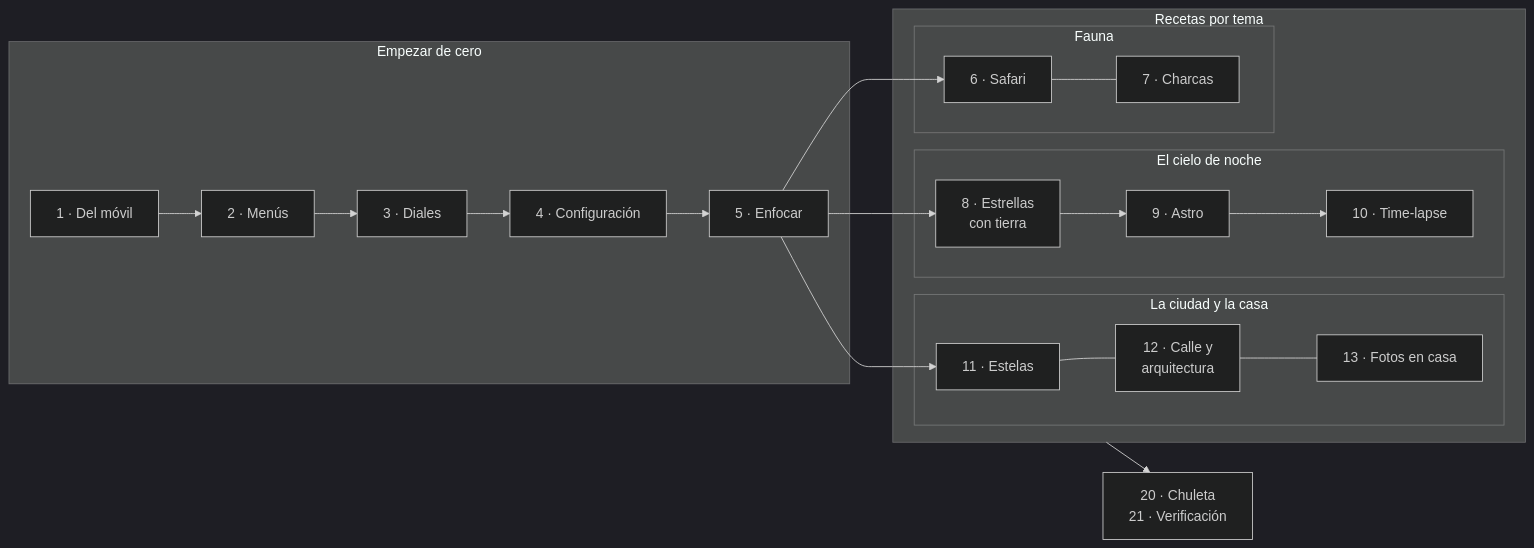
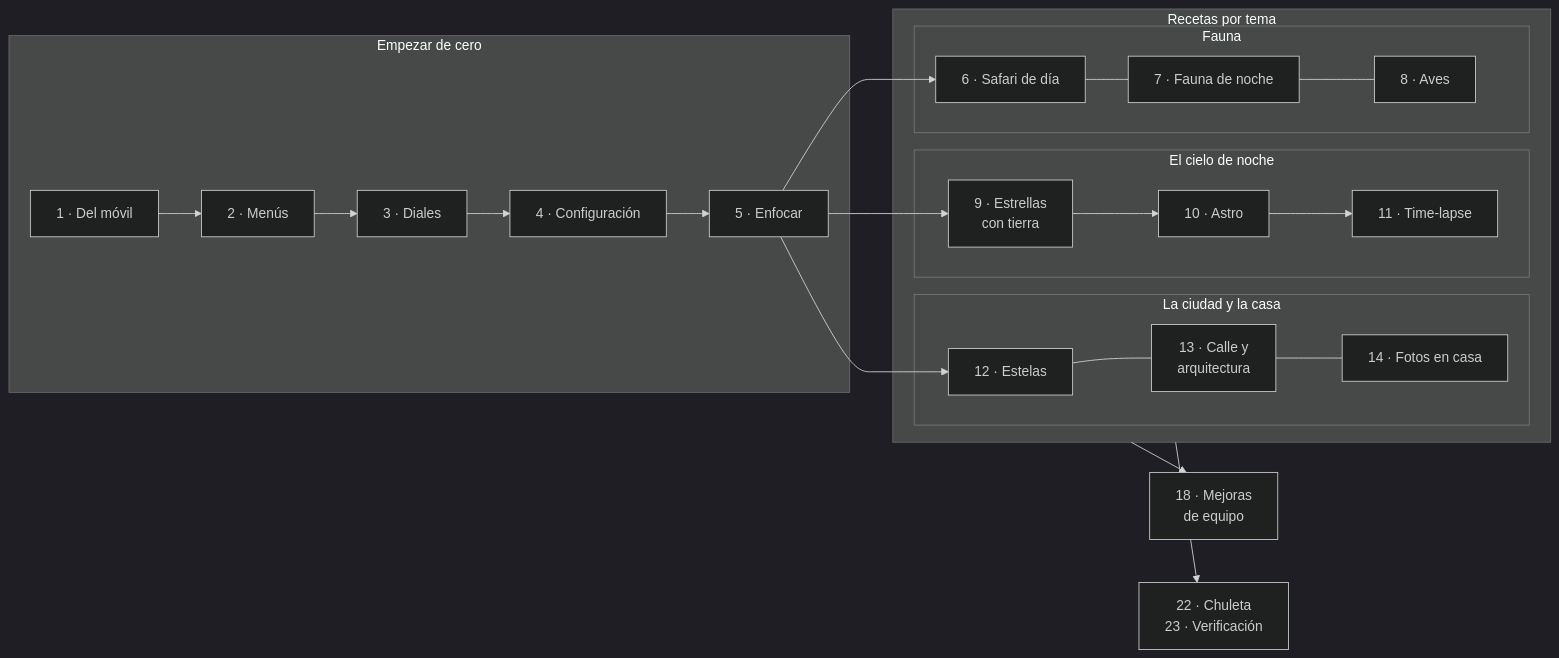
One commit to morandeirachema/Foto changed the diagram in manejo-a6700/README.md. Above: the diagram before and after it, drawn with Mermaid (dark theme). The commit also changed other lines of this file and 87 other files, not shown here.

First line of the commit message:
Audita el repo, añade aves y mejoras de equipo y orienta la fauna a los próximos viajes

````diff
--- a/manejo-a6700/README.md
+++ b/manejo-a6700/README.md
@@ -24,21 +24,22 @@
 ```mermaid
 flowchart LR
     subgraph P1["Empezar de cero"]
       A[1 · Del móvil] --> B[2 · Menús] --> C[3 · Diales] --> D[4 · Configuración] --> E[5 · Enfocar]
     end
     subgraph P2["Recetas por tema"]
       subgraph F1["Fauna"]
-        H[6 · Safari] --- I[7 · Charcas]
+        H[6 · Safari de día] --- I[7 · Fauna de noche] --- AV[8 · Aves]
       end
       subgraph F2["El cielo de noche"]
-        G[8 · Estrellas<br/>con tierra] --> F[9 · Astro] --> K[10 · Time-lapse]
+        G[9 · Estrellas<br/>con tierra] --> F[10 · Astro] --> K[11 · Time-lapse]
       end
       subgraph F3["La ciudad y la casa"]
-        L[11 · Estelas] --- N[12 · Calle y<br/>arquitectura] --- M[13 · Fotos en casa]
+        L[12 · Estelas] --- N[13 · Calle y<br/>arquitectura] --- M[14 · Fotos en casa]
       end
     end
     E --> H
     E --> G
     E --> L
-    P2 --> J[20 · Chuleta<br/>21 · Verificación]
+    P2 --> Q[18 · Mejoras<br/>de equipo]
+    P2 --> J[22 · Chuleta<br/>23 · Verificación]
 ```
````
